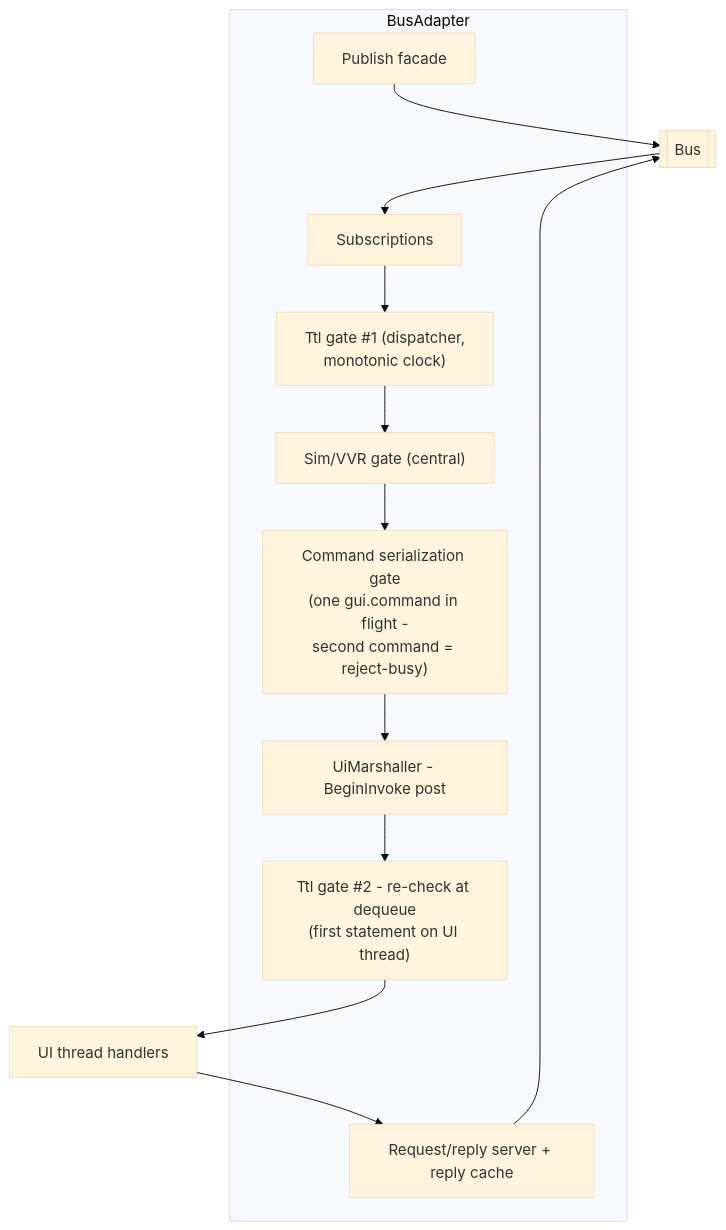
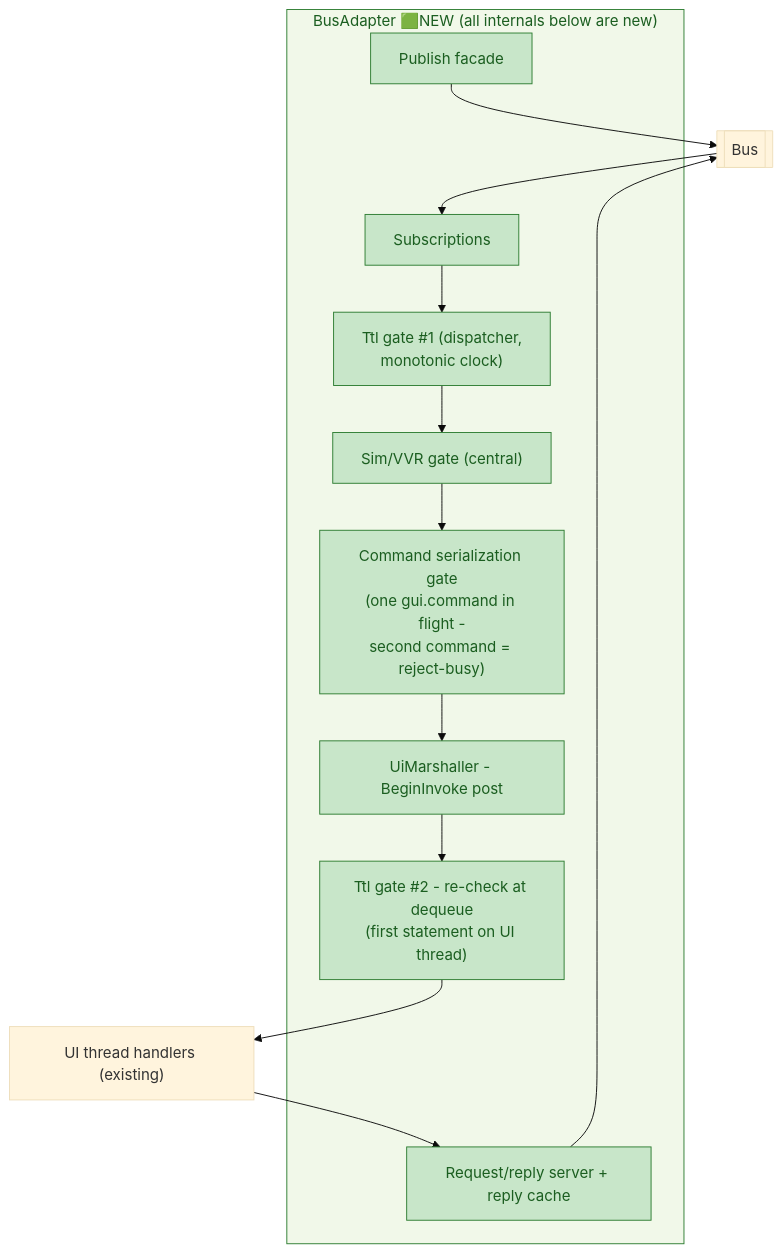
One commit to amitA-camtek/bus_gateway changed the third of 7 diagrams in stage/02-aoi-architecture.md. Above: the diagram before and after it, drawn with Mermaid (base theme). The commit also changed other lines of this file and 11 other files, not shown here.

````diff
--- a/stage/02-aoi-architecture.md
+++ b/stage/02-aoi-architecture.md
@@ -143,19 +161,23 @@
 ```mermaid
 flowchart TB
     BUSA[["Bus"]]
-    subgraph BA["BusAdapter"]
+    subgraph BA["BusAdapter 🟩NEW (all internals below are new)"]
         SUBA["Subscriptions"]
         T1["Ttl gate #1 (dispatcher,\nmonotonic clock)"]
         MODE["Sim/VVR gate (central)"]
         SER["Command serialization gate\n(one gui.command in flight -\nsecond command = reject-busy)"]
         UM["UiMarshaller - BeginInvoke post"]
         T2["Ttl gate #2 - re-check at dequeue\n(first statement on UI thread)"]
         SRV["Request/reply server + reply cache"]
         PUB["Publish facade"]
     end
-    UIT["UI thread handlers"]
+    UIT["UI thread handlers (existing)"]
 
     BUSA --> SUBA --> T1 --> MODE --> SER --> UM --> T2 --> UIT
     UIT --> SRV --> BUSA
     PUB --> BUSA
+
+    classDef new fill:#C8E6C9,stroke:#2E7D32,color:#1B5E20;
+    class SUBA,T1,MODE,SER,UM,T2,SRV,PUB new;
+    style BA fill:#F1F8E9,stroke:#2E7D32,color:#1B5E20;
 ```
````
